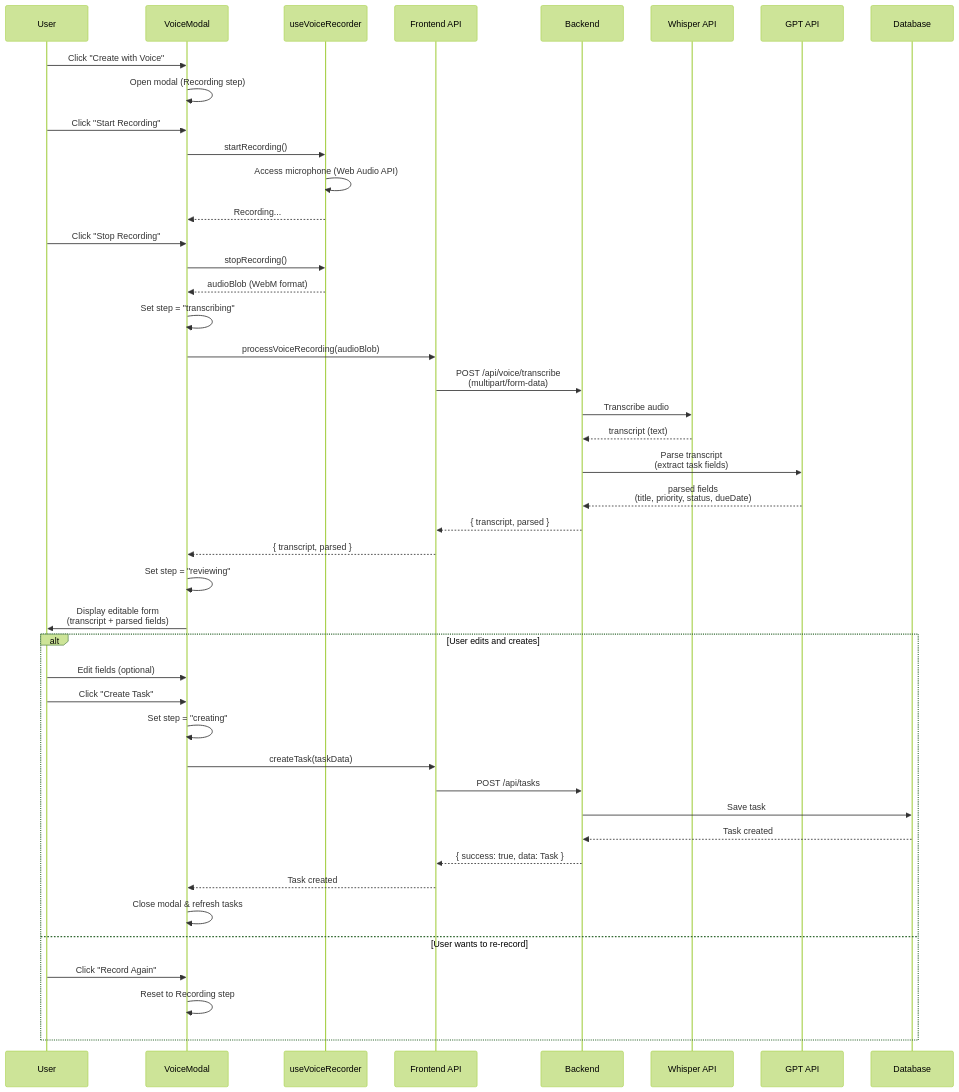
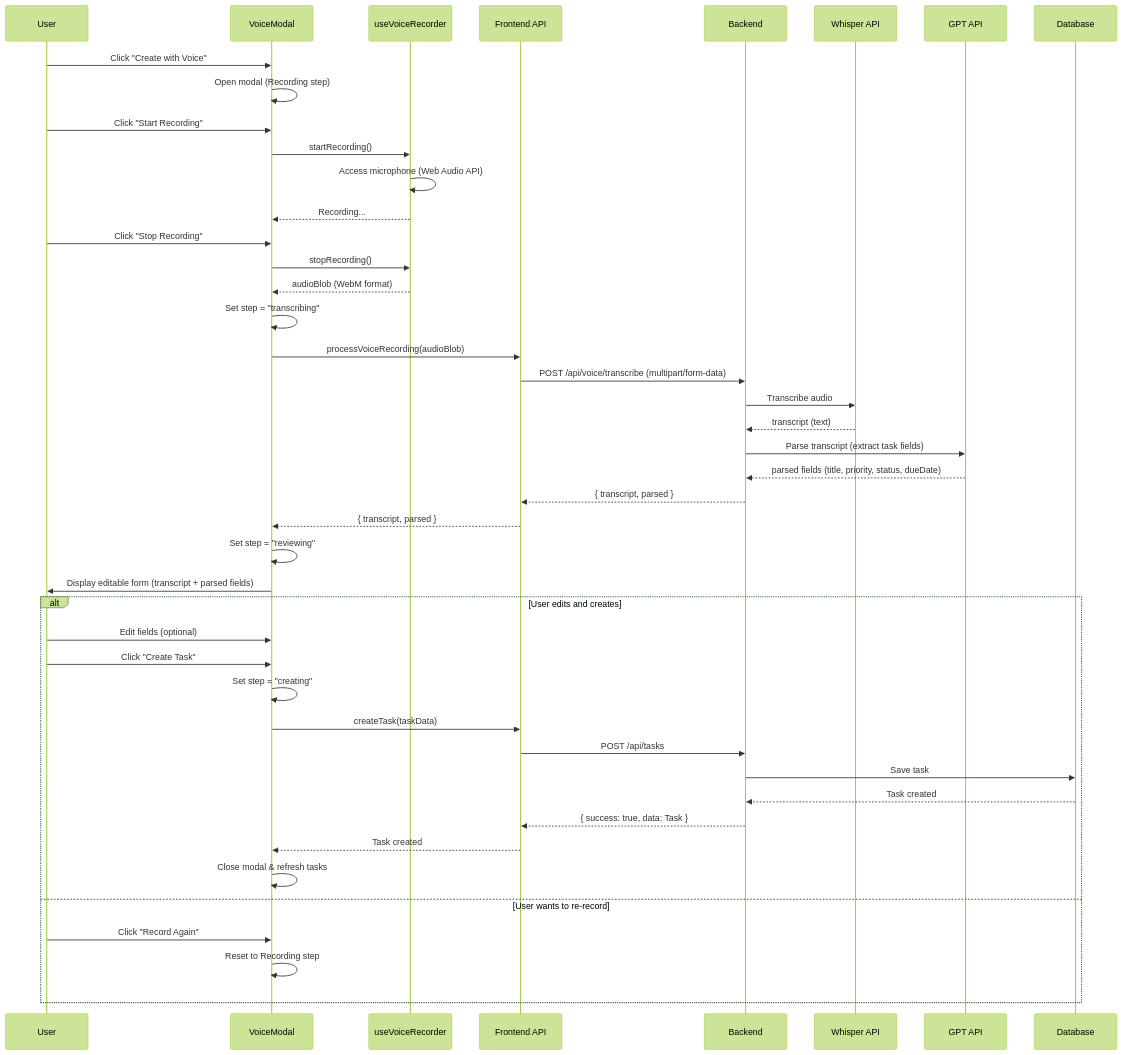
Before and after one commit to h4mmad/aerchain: the first of 5 diagrams in README.md, drawn with Mermaid (forest theme).

````diff
--- a/README.md
+++ b/README.md
@@ -100,57 +100,55 @@
 ```mermaid
-
 sequenceDiagram
     participant User
     participant VoiceModal
     participant useVoiceRecorder
     participant Frontend API
     participant Backend
     participant Whisper API
     participant GPT API
     participant Database
 
     User->>VoiceModal: Click "Create with Voice"
     VoiceModal->>VoiceModal: Open modal (Recording step)
 
     User->>VoiceModal: Click "Start Recording"
     VoiceModal->>useVoiceRecorder: startRecording()
     useVoiceRecorder->>useVoiceRecorder: Access microphone (Web Audio API)
     useVoiceRecorder-->>VoiceModal: Recording...
 
     User->>VoiceModal: Click "Stop Recording"
     VoiceModal->>useVoiceRecorder: stopRecording()
     useVoiceRecorder-->>VoiceModal: audioBlob (WebM format)
 
     VoiceModal->>VoiceModal: Set step = "transcribing"
     VoiceModal->>Frontend API: processVoiceRecording(audioBlob)
-    Frontend API->>Backend: POST /api/voice/transcribe<br/>(multipart/form-data)
+    Frontend API->>Backend: POST /api/voice/transcribe (multipart/form-data)
 
     Backend->>Whisper API: Transcribe audio
     Whisper API-->>Backend: transcript (text)
 
-    Backend->>GPT API: Parse transcript<br/>(extract task fields)
-    GPT API-->>Backend: parsed fields<br/>(title, priority, status, dueDate)
+    Backend->>GPT API: Parse transcript (extract task fields)
+    GPT API-->>Backend: parsed fields (title, priority, status, dueDate)
 
     Backend-->>Frontend API: { transcript, parsed }
     Frontend API-->>VoiceModal: { transcript, parsed }
 
     VoiceModal->>VoiceModal: Set step = "reviewing"
-    VoiceModal->>User: Display editable form<br/>(transcript + parsed fields)
+    VoiceModal->>User: Display editable form (transcript + parsed fields)
 
     alt User edits and creates
         User->>VoiceModal: Edit fields (optional)
         User->>VoiceModal: Click "Create Task"
         VoiceModal->>VoiceModal: Set step = "creating"
         VoiceModal->>Frontend API: createTask(taskData)
         Frontend API->>Backend: POST /api/tasks
         Backend->>Database: Save task
         Database-->>Backend: Task created
         Backend-->>Frontend API: { success: true, data: Task }
         Frontend API-->>VoiceModal: Task created
         VoiceModal->>VoiceModal: Close modal & refresh tasks
     else User wants to re-record
         User->>VoiceModal: Click "Record Again"
         VoiceModal->>VoiceModal: Reset to Recording step
     end
-
 ```
````
